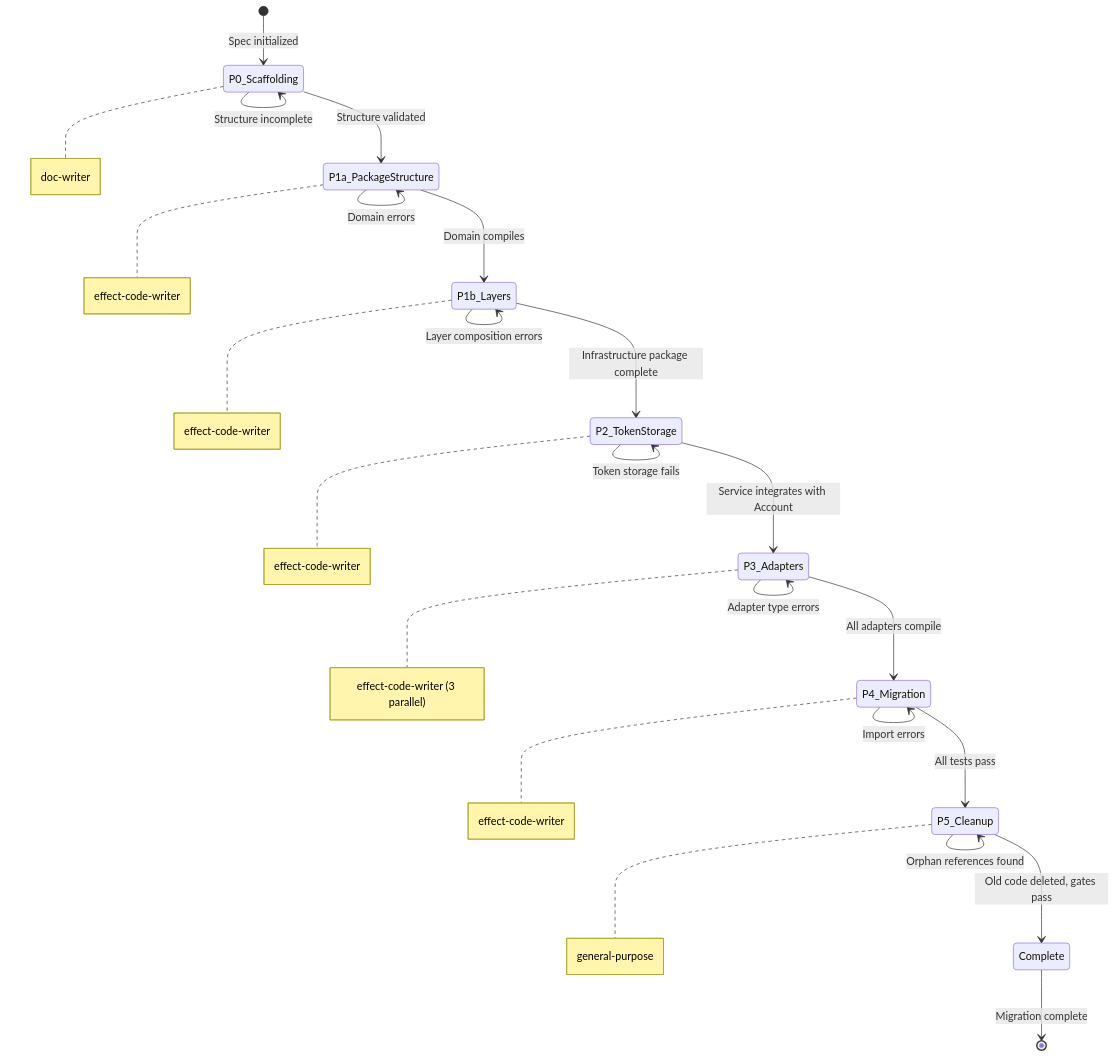
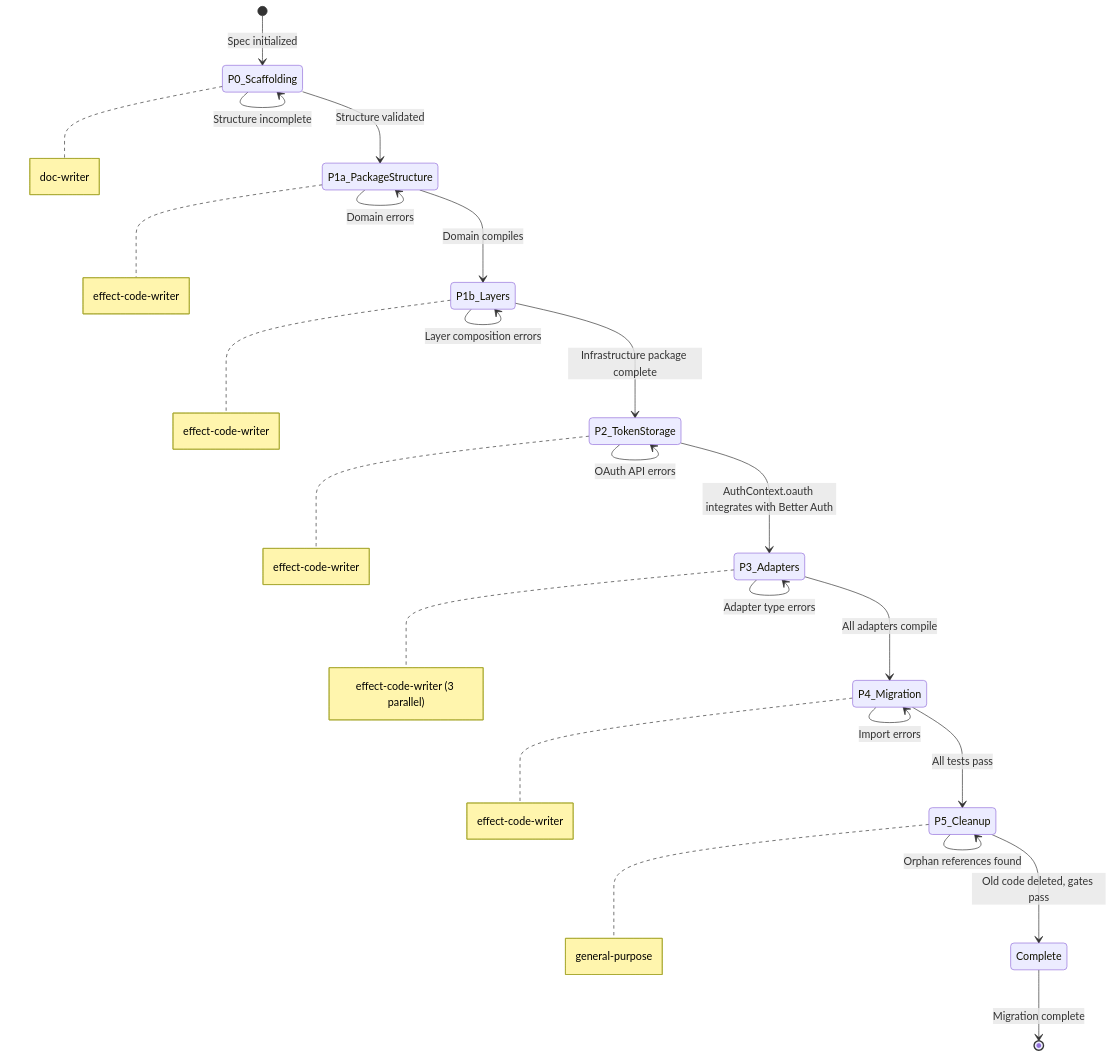
One commit to kriegcloud/beep-effect changed the second of 2 diagrams in specs/integration-architecture-migration/MASTER_ORCHESTRATION.md. Above: the diagram before and after it, drawn with Mermaid. The commit also changed other lines of this file and 32 other files, not shown here.

Commit message:
integration architecture p2 completion

````diff
--- a/specs/integration-architecture-migration/MASTER_ORCHESTRATION.md
+++ b/specs/integration-architecture-migration/MASTER_ORCHESTRATION.md
@@ -88,35 +88,35 @@
 ```mermaid
 stateDiagram-v2
     [*] --> P0_Scaffolding: Spec initialized
 
     P0_Scaffolding --> P0_Scaffolding: Structure incomplete
     P0_Scaffolding --> P1a_PackageStructure: Structure validated
 
     P1a_PackageStructure --> P1a_PackageStructure: Domain errors
     P1a_PackageStructure --> P1b_Layers: Domain compiles
 
     P1b_Layers --> P1b_Layers: Layer composition errors
     P1b_Layers --> P2_TokenStorage: Infrastructure package complete
 
-    P2_TokenStorage --> P2_TokenStorage: Token storage fails
-    P2_TokenStorage --> P3_Adapters: Service integrates with Account
+    P2_TokenStorage --> P2_TokenStorage: OAuth API errors
+    P2_TokenStorage --> P3_Adapters: AuthContext.oauth integrates with Better Auth
 
     P3_Adapters --> P3_Adapters: Adapter type errors
     P3_Adapters --> P4_Migration: All adapters compile
 
     P4_Migration --> P4_Migration: Import errors
     P4_Migration --> P5_Cleanup: All tests pass
 
     P5_Cleanup --> P5_Cleanup: Orphan references found
     P5_Cleanup --> Complete: Old code deleted, gates pass
 
     Complete --> [*]: Migration complete
 
     note right of P0_Scaffolding : doc-writer
     note right of P1a_PackageStructure : effect-code-writer
     note right of P1b_Layers : effect-code-writer
     note right of P2_TokenStorage : effect-code-writer
     note right of P3_Adapters : effect-code-writer (3 parallel)
     note right of P4_Migration : effect-code-writer
     note right of P5_Cleanup : general-purpose
 ```
````
